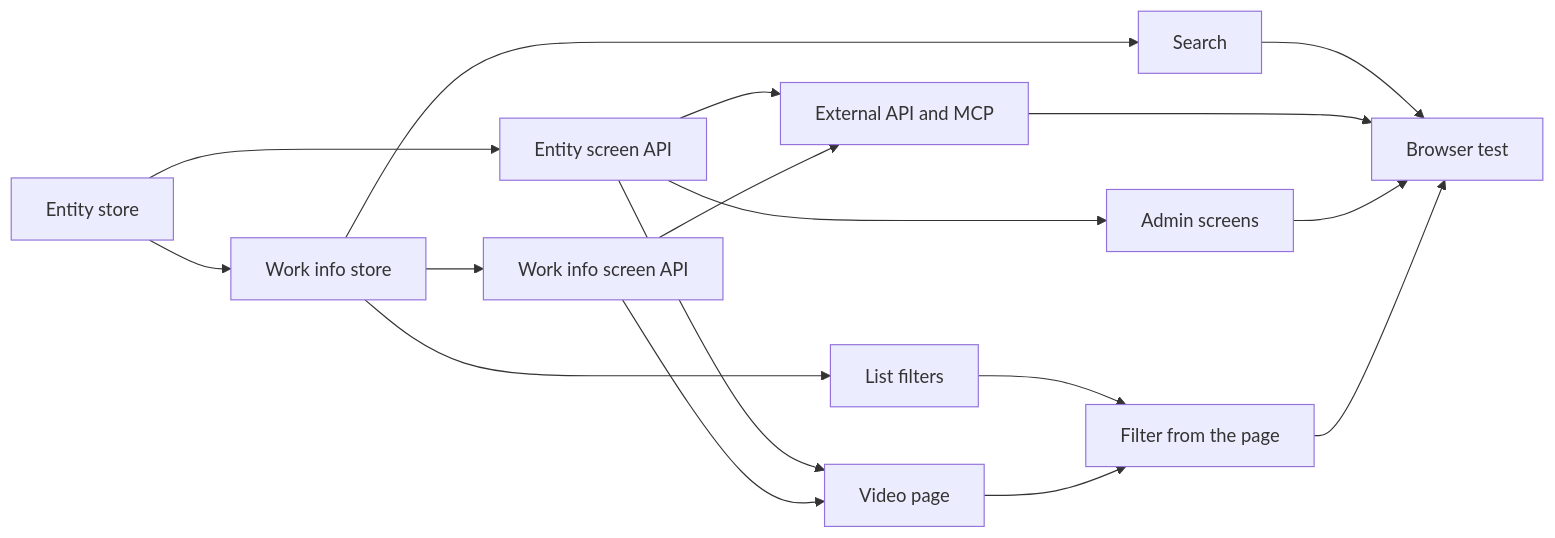
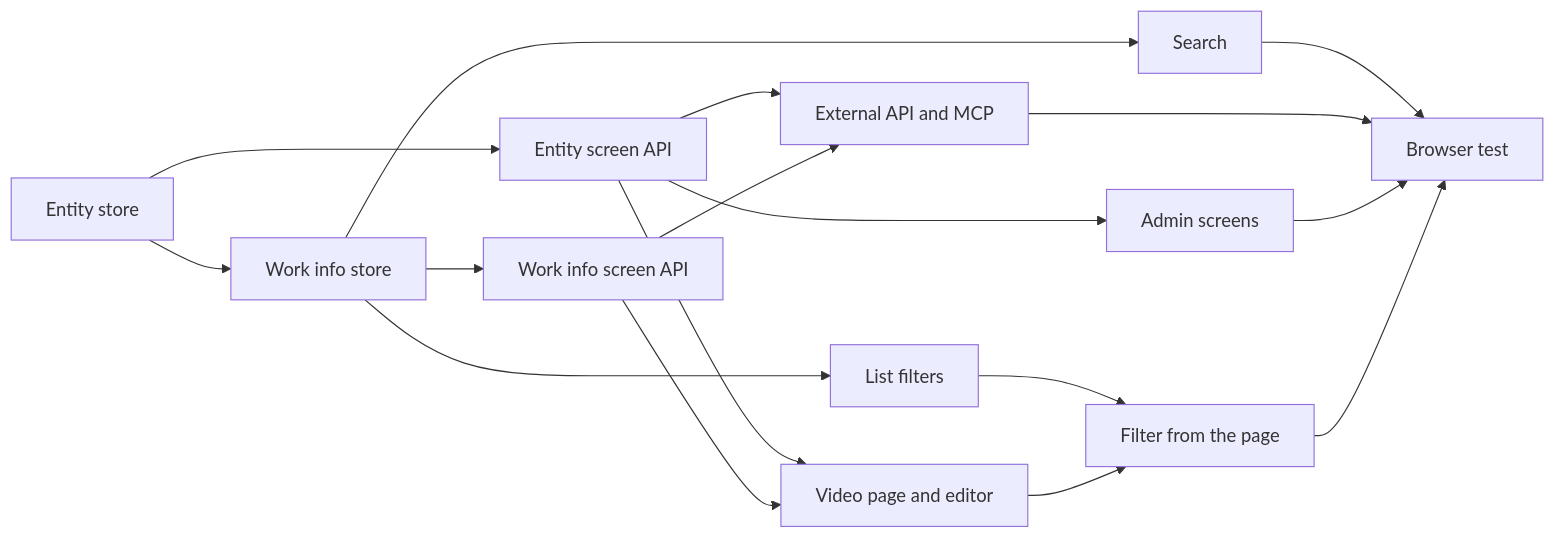
One commit to syudead/vv changed the second of 2 diagrams in specs/047-video-work-info/plan.md. Above: the diagram before and after it, drawn with Mermaid. The commit also changed other lines of this file and 3 other files, not shown here.

````diff
--- a/specs/047-video-work-info/plan.md
+++ b/specs/047-video-work-info/plan.md
@@ -169,19 +192,19 @@
 ```mermaid
 flowchart LR
   credits[Entity store] --> wistore[Work info store]
   credits --> creditapi[Entity screen API]
   wistore --> screenapi[Work info screen API]
   wistore --> search[Search]
   wistore --> filters[List filters]
   creditapi --> external[External API and MCP]
   screenapi --> external
-  creditapi --> page[Video page]
+  creditapi --> page[Video page and editor]
   screenapi --> page
   creditapi --> adminpage[Admin screens]
   filters --> navigate[Filter from the page]
   page --> navigate
   search --> e2e[Browser test]
   external --> e2e
   adminpage --> e2e
   navigate --> e2e
 ```
````
